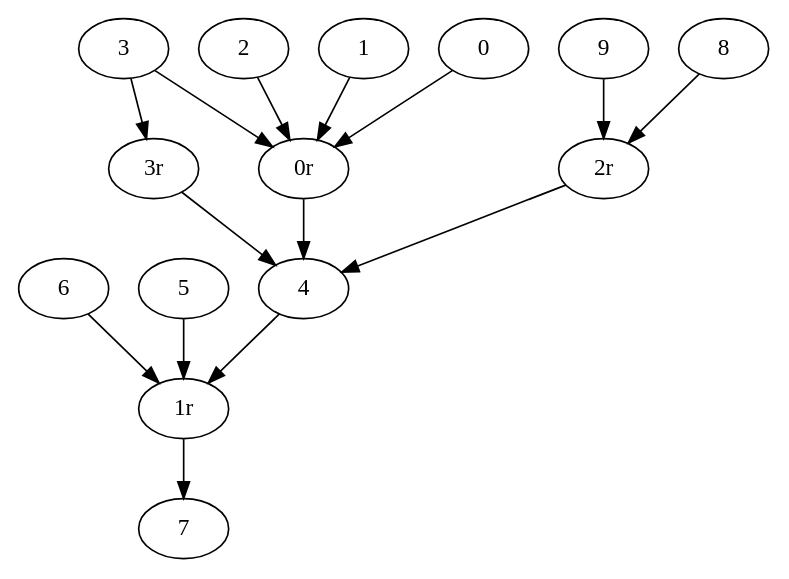
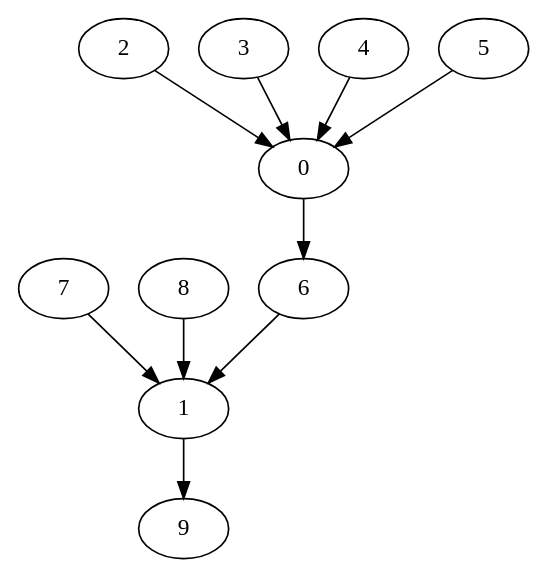
One commit to stanlo229/subway_graphs changed the diagram in subway/basic/test.dot. Above: the diagram before and after it, drawn with Graphviz. The commit also changed 21 other files, not shown here.

Commit message:
new basic graph

```diff
--- a/subway/basic/test.dot
+++ b/subway/basic/test.dot
@@ -1,100 +1,92 @@
 strict digraph "" {
-	7	[CAD=None,
-		Name="2,5-dibromobenzofuran",
-		Quantity=2,
-		SMILES="Brc1ccc2oc(Br)cc2c1",
-		gmol=275.93,
-		purchasable=False];
-	"1r"	[Name="Step 2",
-		max_sites=None,
+	0	[max_sites=None,
+		n_parr=1,
+		reaction_type=manual,
+		rxn_SMILES="Brc1cc(C=O)c(O)cc1.BrC(Br)(Br)Br>P(c1ccccc1)(c2ccccc2)c3ccccc3.CCN(CC)CC>Brc1cc(/C=C(Br)/Br)c(O)cc1",
+		tH=7.84,
+		tM=0,
+		type=reaction,
+		yield=0.76];
+	6	["$/mol"=0.0,
+		CAD=273.65,
+		Name="gem olefin",
+		SMILES="Brc1cc(/C=C(Br)/Br)c(O)cc1",
+		eq=1,
+		"g/mol"=356.84,
+		purchasable=True,
+		type=molecule];
+	0 -> 6;
+	1	[max_sites=None,
+		n_parr=1,
+		reaction_type=manual,
 		rxn_SMILES="Brc1cc(/C=C(Br)/Br)c(O)cc1>[Cu]I.O=P(O[K])(O[K])O[K]>Brc1ccc2oc(Br)cc2c1",
 		tH=2.52,
 		tM=0,
-		yld=0.96];
-	"1r" -> 7;
-	6	[CAD=196.99,
+		type=reaction,
+		yield=0.96];
+	9	["$/mol"=0.0,
+		CAD=None,
+		Name="2,5-dibromobenzofuran",
+		SMILES="Brc1ccc2oc(Br)cc2c1",
+		eq=2,
+		"g/mol"=275.93,
+		manual=True,
+		purchasable=False,
+		type=molecule];
+	1 -> 9;
+	2	["$/mol"=0.0,
+		CAD=724.47,
+		Name=aldehyde,
+		SMILES="Brc1cc(C=O)c(O)cc1",
+		eq=1,
+		"g/mol"=201.02,
+		purchasable=True,
+		type=molecule];
+	2 -> 0;
+	3	["$/mol"=0.0,
+		CAD=2779.03,
+		Name=CBr4,
+		SMILES="BrC(Br)(Br)Br",
+		eq=3,
+		"g/mol"=331.63,
+		purchasable=True,
+		type=molecule];
+	3 -> 0;
+	4	["$/mol"=0.0,
+		CAD=6714.68,
+		Name=PPh3,
+		SMILES="P(c1ccccc1)(c2ccccc2)c3ccccc3",
+		eq=6,
+		"g/mol"=262.29,
+		purchasable=True,
+		type=molecule];
+	4 -> 0;
+	5	["$/mol"=0.0,
+		CAD=50.77,
+		Name=NEt3,
+		SMILES="CCN(CC)CC",
+		eq=6,
+		"g/mol"=101.19,
+		purchasable=True,
+		type=molecule];
+	5 -> 0;
+	6 -> 1;
+	7	["$/mol"=0.0,
+		CAD=158.45,
+		Name=CuI,
+		SMILES="[Cu]I",
+		eq=0.05,
+		"g/mol"=190.45,
+		purchasable=True,
+		type=molecule];
+	7 -> 1;
+	8	["$/mol"=0.0,
+		CAD=196.99,
 		Name=K3PO4,
-		Quantity=2,
 		SMILES="O=P(O[K])(O[K])O[K]",
-		gmol=212.27,
-		purchasable=True];
-	6 -> "1r";
-	5	[CAD=158.45,
-		Name=CuI,
-		Quantity=0.05,
-		SMILES="[Cu]I",
-		gmol=190.45,
-		purchasable=True];
-	5 -> "1r";
-	4	[CAD=273.65,
-		Name="gem olefin",
-		Quantity=1,
-		SMILES="Brc1cc(/C=C(Br)/Br)c(O)cc1",
-		gmol=356.84,
-		purchasable=True];
-	4 -> "1r";
-	"3r"	[Name="Step 4",
-		max_sites=None,
-		rxn_SMILES="Brc1cc(/C=C(Br)/Br)c(O)cc1>CCN(CC)CC.O=P(O[K])(O[K])O[K]>Brc1ccc2oc(Br)cc2c1",
-		tH=2.52,
-		tM=0,
-		yld=0.96];
-	"3r" -> 4;
-	"2r"	[Name="Step 3",
-		max_sites=None,
-		rxn_SMILES="Brc1cc(/C=C(Br)/Br)c(O)cc1>[Cu]I.O=P(O[K])(O[K])O[K]>Brc1c(Br)cccc1",
-		tH=2.52,
-		tM=0,
-		yld=0.96];
-	"2r" -> 4;
-	"0r"	[Name="Step 1",
-		max_sites=None,
-		rxn_SMILES="Brc1cc(C=O)c(O)cc1.BrC(Br)(Br)Br>P(c1ccccc1)(c2ccccc2)c3ccccc3.CCN(CC)CC>Brc1cc(/C=C(Br)/Br)c(O)cc1",
-		tH=7.84,
-		tM=0,
-		yld=0.76];
-	"0r" -> 4;
-	3	[CAD=50.77,
-		Name=NEt3,
-		Quantity=6,
-		SMILES="CCN(CC)CC",
-		gmol=101.19,
-		purchasable=True];
-	3 -> "3r";
-	3 -> "0r";
-	9	[CAD=196.99,
-		Name="2,5-dibromobenzofuran",
-		Quantity=2,
-		SMILES="[Cu]I",
-		gmol=275.93,
-		purchasable=False];
-	9 -> "2r";
-	8	[CAD=196.99,
-		Name="2,5-dibromobenzofuran",
-		Quantity=2,
-		SMILES="O=P(O[K])(O[K])O[K]",
-		gmol=275.93,
-		purchasable=False];
-	8 -> "2r";
-	2	[CAD=6714.68,
-		Name=PPh3,
-		Quantity=6,
-		SMILES="P(c1ccccc1)(c2ccccc2)c3ccccc3",
-		gmol=262.29,
-		purchasable=True];
-	2 -> "0r";
-	1	[CAD=2779.03,
-		Name=CBr4,
-		Quantity=3,
-		SMILES="BrC(Br)(Br)Br",
-		gmol=331.63,
-		purchasable=True];
-	1 -> "0r";
-	0	[CAD=724.47,
-		Name=aldehyde,
-		Quantity=1,
-		SMILES="Brc1cc(C=O)c(O)cc1",
-		gmol=201.02,
-		purchasable=True];
-	0 -> "0r";
+		eq=2,
+		"g/mol"=212.27,
+		purchasable=True,
+		type=molecule];
+	8 -> 1;
 }
```
